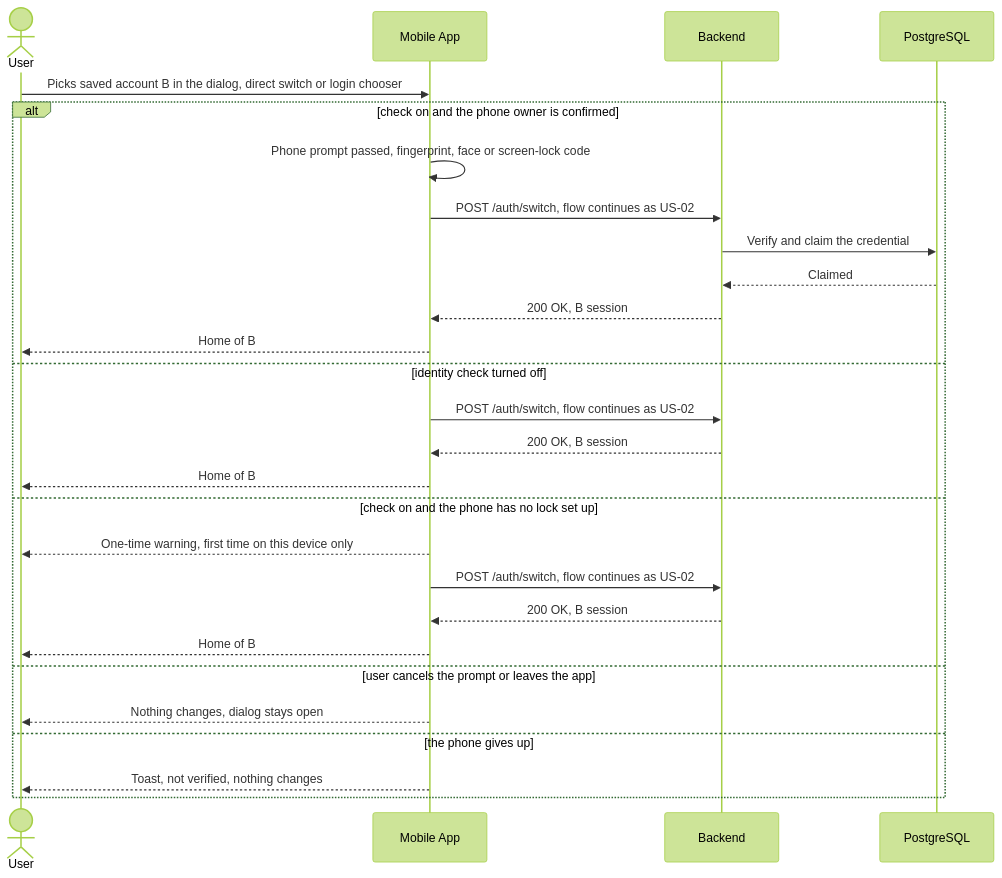
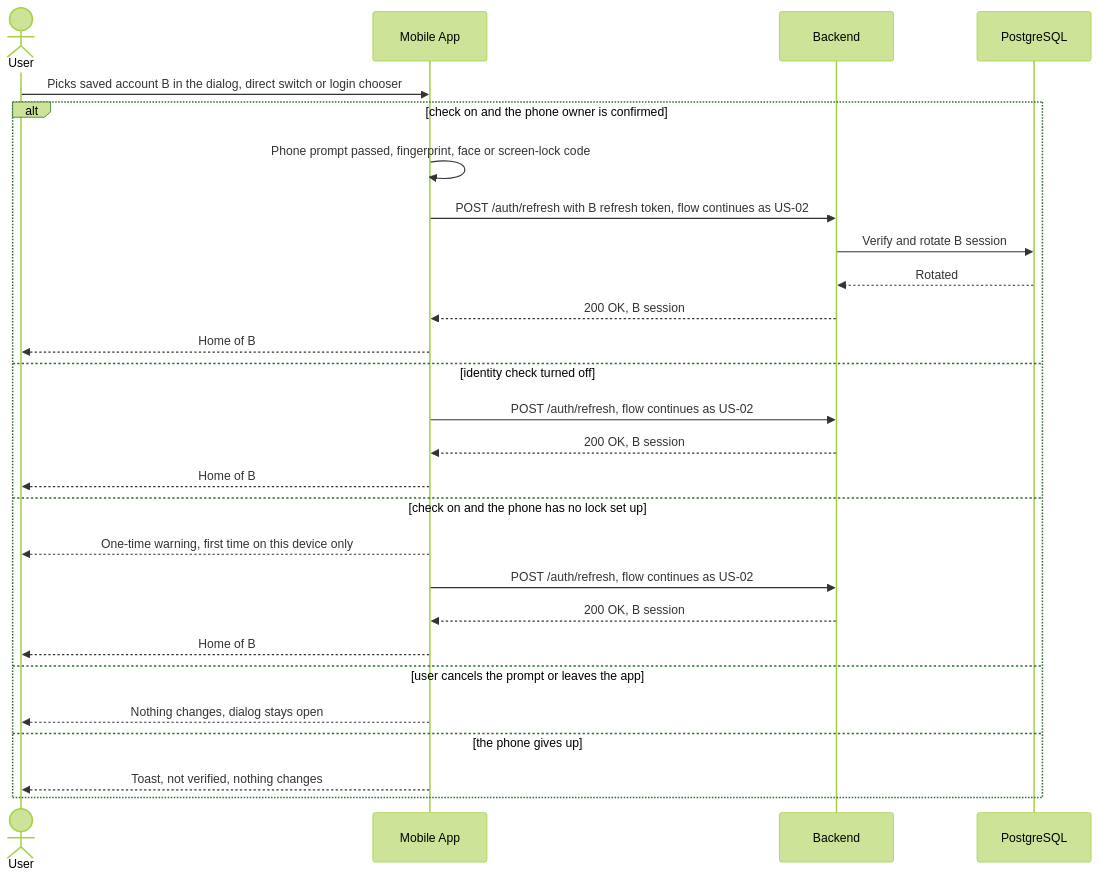
Before and after one commit to tommyledev-gif/pfm: the seventh of 12 diagrams in specs/mobile-account-switch/plan.md, drawn with Mermaid (forest theme). The commit also changed other lines of this file and 115 other files, not shown here.

````diff
--- a/specs/mobile-account-switch/plan.md
+++ b/specs/mobile-account-switch/plan.md
@@ -463,30 +596,30 @@
 ```mermaid
 sequenceDiagram
     actor User
     participant App as Mobile App
     participant BE as Backend
     participant DB as PostgreSQL
 
     User->>App: Picks saved account B in the dialog, direct switch or login chooser
     alt check on and the phone owner is confirmed
         App->>App: Phone prompt passed, fingerprint, face or screen-lock code
-        App->>BE: POST /auth/switch, flow continues as US-02
-        BE->>DB: Verify and claim the credential
-        DB-->>BE: Claimed
+        App->>BE: POST /auth/refresh with B refresh token, flow continues as US-02
+        BE->>DB: Verify and rotate B session
+        DB-->>BE: Rotated
         BE-->>App: 200 OK, B session
         App-->>User: Home of B
     else identity check turned off
-        App->>BE: POST /auth/switch, flow continues as US-02
+        App->>BE: POST /auth/refresh, flow continues as US-02
         BE-->>App: 200 OK, B session
         App-->>User: Home of B
     else check on and the phone has no lock set up
         App-->>User: One-time warning, first time on this device only
-        App->>BE: POST /auth/switch, flow continues as US-02
+        App->>BE: POST /auth/refresh, flow continues as US-02
         BE-->>App: 200 OK, B session
         App-->>User: Home of B
     else user cancels the prompt or leaves the app
         App-->>User: Nothing changes, dialog stays open
     else the phone gives up
         App-->>User: Toast, not verified, nothing changes
     end
 ```
````
